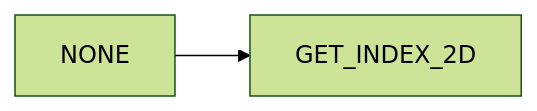
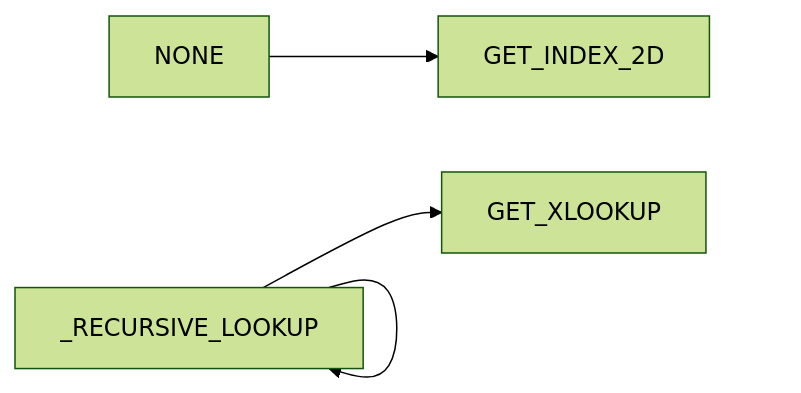
The third of 10 diagrams in release/feidlambda-0-4.qmd (taruma/feidlambda), drawn with Mermaid before and after one commit. The commit also changed other lines of this file and 1 other file, not shown here.

Commit message:
GET_XLOOKUP docs

````diff
--- a/release/feidlambda-0-4.qmd
+++ b/release/feidlambda-0-4.qmd
@@ -297,9 +297,11 @@
 ```{mermaid}
 %%| label: fig-dep-get
 %%| fig-cap: Grafik _dependencies_ kategori `GET_*`
 %%| fig-height: 100%
 %%{ init: { 'theme': 'forest' } }%%
 
 flowchart LR
   NONE --> GET_INDEX_2D
+  _RECURSIVE_LOOKUP --> _RECURSIVE_LOOKUP
+  _RECURSIVE_LOOKUP --> GET_XLOOKUP
 ```
````
